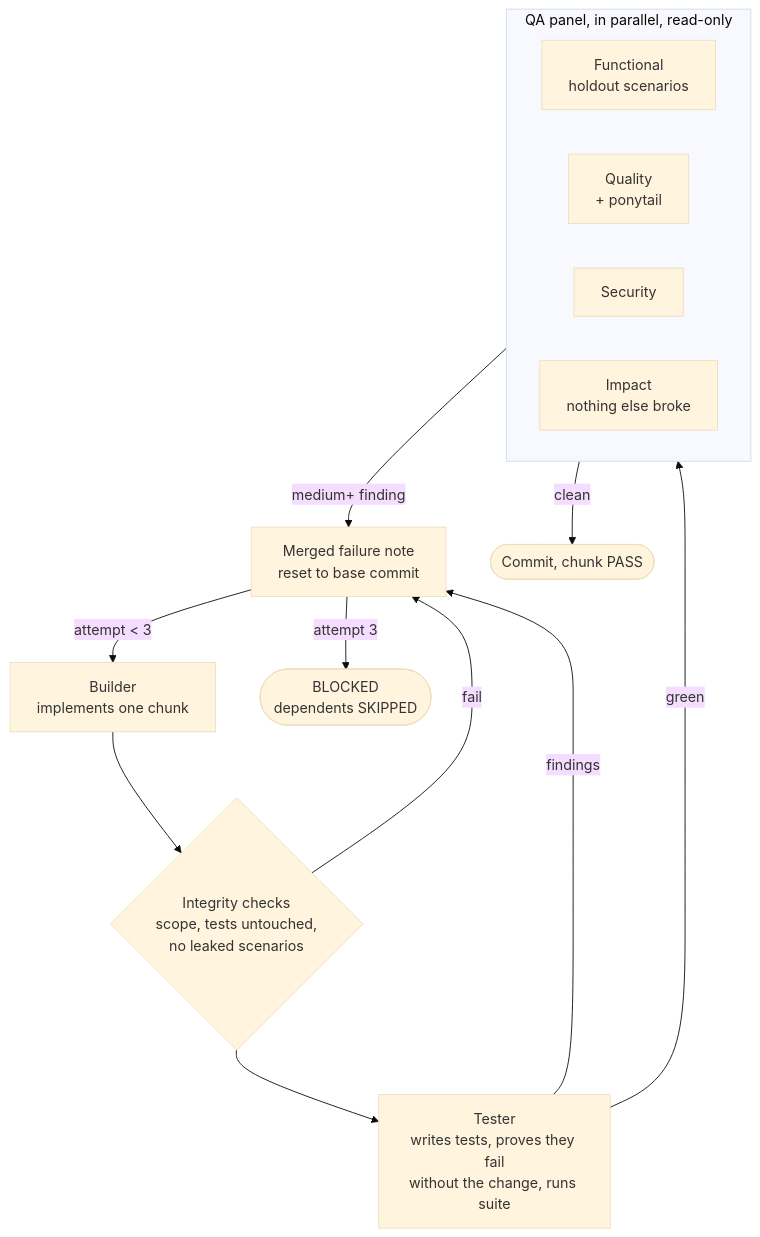
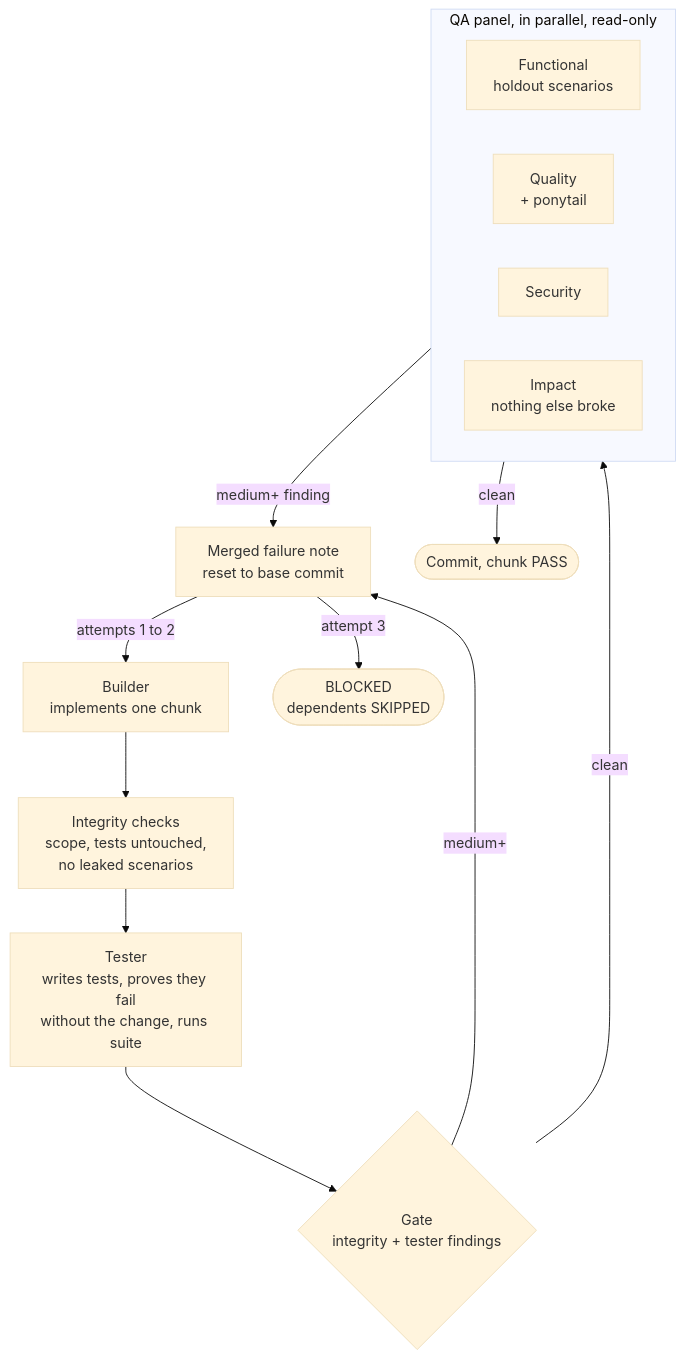
Before and after one commit to Hafiz408/dark-factory: the second of 3 diagrams in README.md, drawn with Mermaid (base theme). The commit also changed other lines of this file and 5 other files, not shown here.

First line of the commit message:
fix: address PR review (silent test deletion, lens exemption, router bullet, README loop diagram)

````diff
--- a/README.md
+++ b/README.md
@@ -54,19 +55,19 @@
 ```mermaid
 flowchart TD
-    B[Builder<br/>implements one chunk] --> C{Integrity checks<br/>scope, tests untouched,<br/>no leaked scenarios}
-    C -->|fail| N
+    B[Builder<br/>implements one chunk] --> C[Integrity checks<br/>scope, tests untouched,<br/>no leaked scenarios]
     C --> T[Tester<br/>writes tests, proves they fail<br/>without the change, runs suite]
-    T -->|findings| N
-    T -->|green| Q
+    T --> G{Gate<br/>integrity + tester findings}
+    G -->|medium+| N
+    G -->|clean| Q
     subgraph Q [QA panel, in parallel, read-only]
         direction LR
         Q1[Functional<br/>holdout scenarios]
         Q2[Quality<br/>+ ponytail]
         Q3[Security]
         Q4[Impact<br/>nothing else broke]
     end
     Q -->|medium+ finding| N[Merged failure note<br/>reset to base commit]
     Q -->|clean| D([Commit, chunk PASS])
-    N -->|attempt < 3| B
+    N -->|attempts 1 to 2| B
     N -->|attempt 3| X([BLOCKED<br/>dependents SKIPPED])
 ```
````
